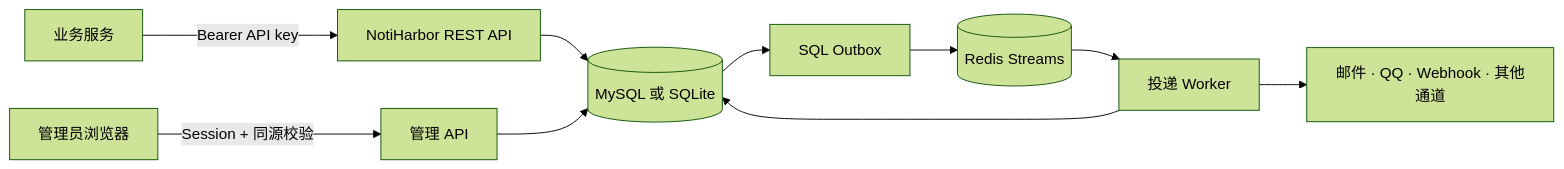
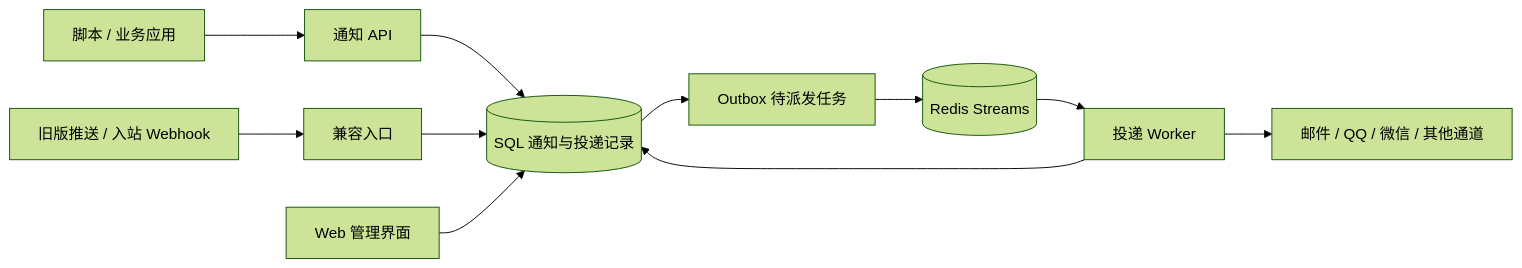
The diagram in README.md (jung233/NotiHarbor), drawn with Mermaid (forest theme) before and after one commit. The commit also changed other lines of this file, not shown here.

````diff
--- a/README.md
+++ b/README.md
@@ -45,12 +81,13 @@
 ```mermaid
 flowchart LR
-    S[业务服务] -->|Bearer API key| A[NotiHarbor REST API]
-    W[管理员浏览器] -->|Session + 同源校验| M[管理 API]
-    A --> DB[(MySQL 或 SQLite)]
-    M --> DB
-    DB --> O[SQL Outbox]
+    A[脚本 / 业务应用] --> B[通知 API]
+    L[旧版推送 / 入站 Webhook] --> B2[兼容入口]
+    B --> D[(SQL 通知与投递记录)]
+    B2 --> D
+    D --> O[Outbox 待派发任务]
     O --> R[(Redis Streams)]
-    R --> Q[投递 Worker]
-    Q --> DB
-    Q --> C[邮件 · QQ · Webhook · 其他通道]
+    R --> W[投递 Worker]
+    W --> C[邮件 / QQ / 微信 / 其他通道]
+    W --> D
+    U[Web 管理界面] --> D
 ```
````
